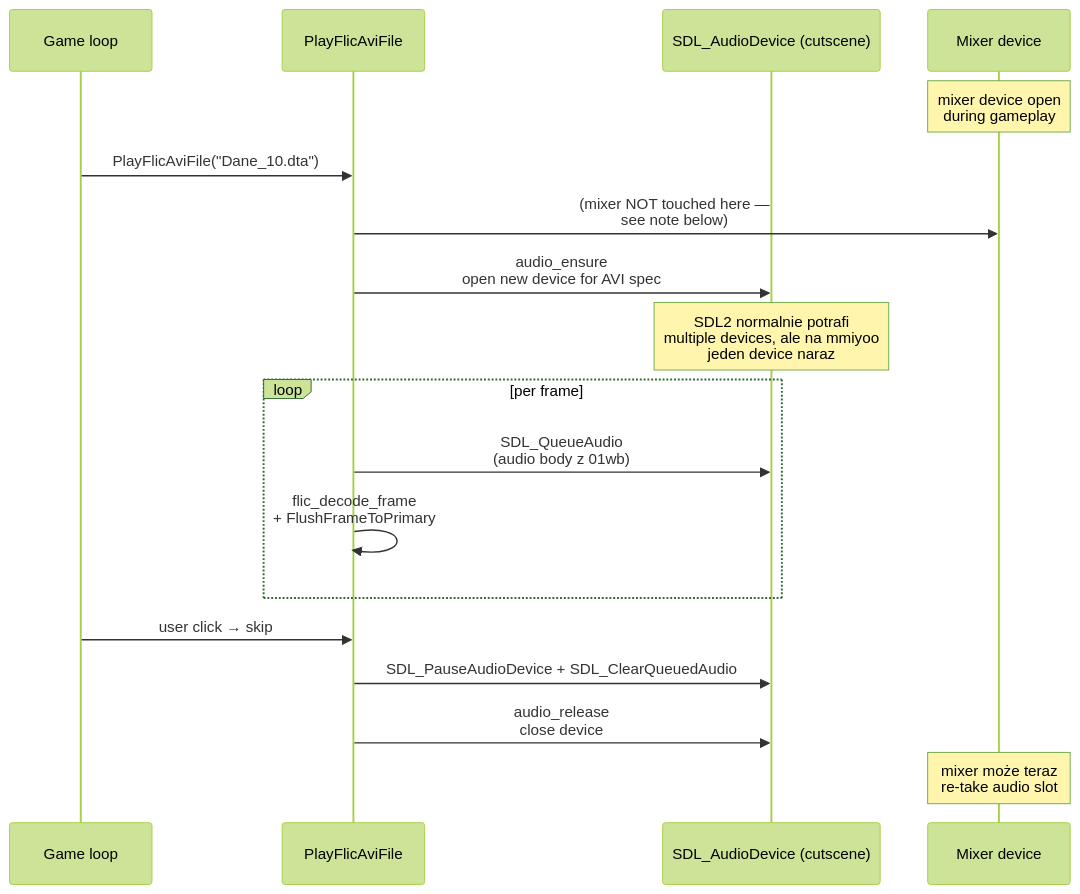
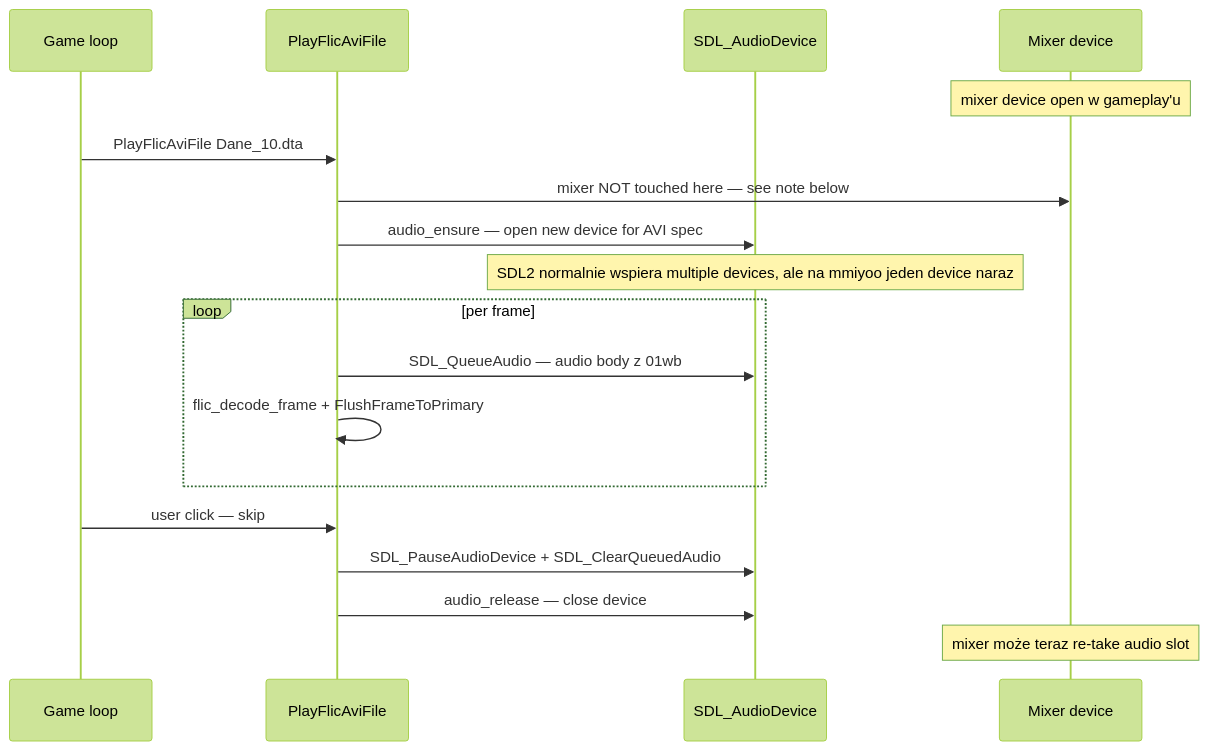
The second of 2 diagrams in docs/flic-decoder.md (mszula/wacki), drawn with Mermaid (forest theme) before and after one commit. The commit also changed 1 other file, not shown here.

Commit message:
docs: fix Mermaid sequence diagrams — drop <br/> from messages
GitHub's Mermaid renderer choked on <br/> wewnątrz wiadomości
sequence-diagram'u oraz w Note'ach. Tokenizer parsował '(33)' z
'EnginePaceFrame(33)<br/>deadline-aware cap' jako number i zgubił
się na kolejny statement.

Naprawione:
- architecture.md §3 sequenceDiagram — wszystkie messages na jednej
  linijce, separator ' — ' zamiast <br/>, usunięty (33) literal z
  EnginePaceFrame; participant labels uproszczone bez multi-line.
- flic-decoder.md sequenceDiagram — to samo (Note over X: ... +
  message body bez <br/>).

flowchart node labels z <br/> nadal działają poprawnie — to issue
jest tylko sequence-specific.

````diff
--- a/docs/flic-decoder.md
+++ b/docs/flic-decoder.md
@@ -174,21 +174,21 @@
 ```mermaid
 sequenceDiagram
     participant Caller as Game loop
     participant FLIC as PlayFlicAviFile
-    participant SDL as SDL_AudioDevice (cutscene)
+    participant SDL as SDL_AudioDevice
     participant Mixer as Mixer device
 
-    Note over Mixer: mixer device open<br/>during gameplay
-    Caller->>FLIC: PlayFlicAviFile("Dane_10.dta")
-    FLIC->>Mixer: (mixer NOT touched here —<br/>see note below)
-    FLIC->>SDL: audio_ensure<br/>open new device for AVI spec
-    Note over SDL: SDL2 normalnie potrafi<br/>multiple devices, ale na mmiyoo<br/>jeden device naraz
+    Note over Mixer: mixer device open w gameplay'u
+    Caller->>FLIC: PlayFlicAviFile Dane_10.dta
+    FLIC->>Mixer: mixer NOT touched here — see note below
+    FLIC->>SDL: audio_ensure — open new device for AVI spec
+    Note over SDL: SDL2 normalnie wspiera multiple devices, ale na mmiyoo jeden device naraz
     loop per frame
-        FLIC->>SDL: SDL_QueueAudio<br/>(audio body z 01wb)
-        FLIC->>FLIC: flic_decode_frame<br/>+ FlushFrameToPrimary
+        FLIC->>SDL: SDL_QueueAudio — audio body z 01wb
+        FLIC->>FLIC: flic_decode_frame + FlushFrameToPrimary
     end
-    Caller->>FLIC: user click → skip
+    Caller->>FLIC: user click — skip
     FLIC->>SDL: SDL_PauseAudioDevice + SDL_ClearQueuedAudio
-    FLIC->>SDL: audio_release<br/>close device
-    Note over Mixer: mixer może teraz<br/>re-take audio slot
+    FLIC->>SDL: audio_release — close device
+    Note over Mixer: mixer może teraz re-take audio slot
 ```
````
